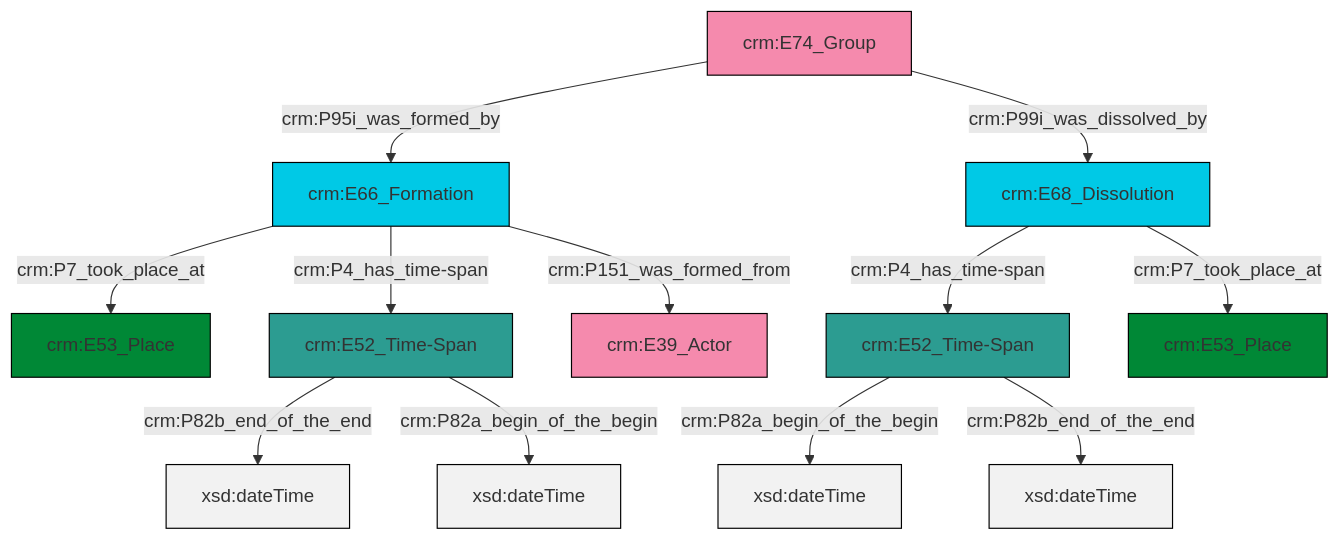
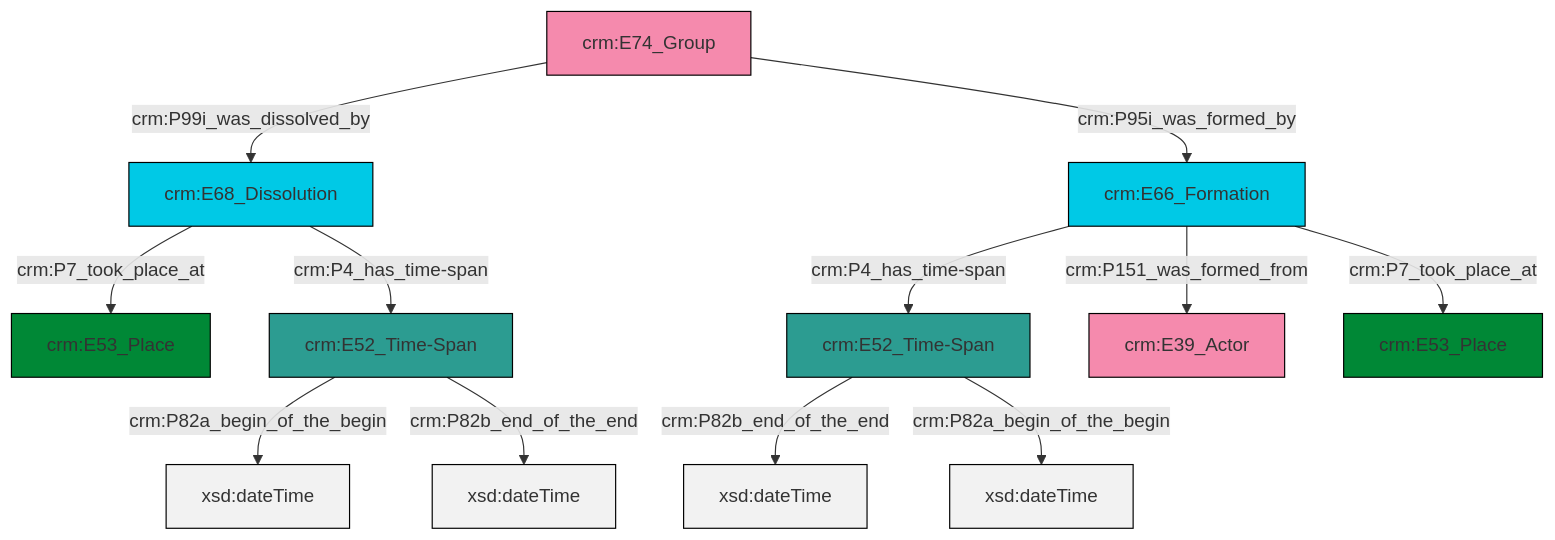
One commit to swiss-art-research-net/reference-data-models changed the diagram in et/groupCSV/ttl/mmd/group_existence.ttl.mmd. Above: the diagram before and after it, drawn with Mermaid. The commit also changed 128 other files, not shown here.

```diff
--- a/et/groupCSV/ttl/mmd/group_existence.ttl.mmd
+++ b/et/groupCSV/ttl/mmd/group_existence.ttl.mmd
@@ -1,26 +1,26 @@
 graph TD
 classDef Literal fill:#f2f2f2,stroke:#000000;
 classDef CRM_Entity fill:#FFFFFF,stroke:#000000;
 classDef Temporal_Entity fill:#00C9E6, stroke:#000000;
 classDef Type fill:#E18312, stroke:#000000;
 classDef Time-Span fill:#2C9C91, stroke:#000000;
 classDef Appellation fill:#FFEB7F, stroke:#000000;
 classDef Place fill:#008836, stroke:#000000;
 classDef Persistent_Item fill:#B266B2, stroke:#000000;
 classDef Conceptual_Object fill:#FFD700, stroke:#000000;
 classDef Physical_Thing fill:#D2B48C, stroke:#000000;
 classDef Actor fill:#f58aad, stroke:#000000;
 classDef PC_Classes fill:#4ce600, stroke:#000000;
 classDef Multi fill:#cccccc,stroke:#000000;
 
-4["crm:E66_Formation"]:::Temporal_Entity -->|crm:P7_took_place_at| 5["crm:E53_Place"]:::Place
-6["crm:E74_Group"]:::Actor -->|crm:P95i_was_formed_by| 4["crm:E66_Formation"]:::Temporal_Entity
-9["crm:E52_Time-Span"]:::Time-Span -->|crm:P82b_end_of_the_end| 10[xsd:dateTime]:::Literal
-4["crm:E66_Formation"]:::Temporal_Entity -->|crm:P4_has_time-span| 9["crm:E52_Time-Span"]:::Time-Span
+0["crm:E52_Time-Span"]:::Time-Span -->|crm:P82b_end_of_the_end| 1[xsd:dateTime]:::Literal
+2["crm:E52_Time-Span"]:::Time-Span -->|crm:P82a_begin_of_the_begin| 3[xsd:dateTime]:::Literal
 6["crm:E74_Group"]:::Actor -->|crm:P99i_was_dissolved_by| 7["crm:E68_Dissolution"]:::Temporal_Entity
-4["crm:E66_Formation"]:::Temporal_Entity -->|crm:P151_was_formed_from| 11["crm:E39_Actor"]:::Actor
-9["crm:E52_Time-Span"]:::Time-Span -->|crm:P82a_begin_of_the_begin| 13[xsd:dateTime]:::Literal
-0["crm:E52_Time-Span"]:::Time-Span -->|crm:P82a_begin_of_the_begin| 14[xsd:dateTime]:::Literal
-7["crm:E68_Dissolution"]:::Temporal_Entity -->|crm:P4_has_time-span| 0["crm:E52_Time-Span"]:::Time-Span
-0["crm:E52_Time-Span"]:::Time-Span -->|crm:P82b_end_of_the_end| 19[xsd:dateTime]:::Literal
-7["crm:E68_Dissolution"]:::Temporal_Entity -->|crm:P7_took_place_at| 2["crm:E53_Place"]:::Place
+8["crm:E66_Formation"]:::Temporal_Entity -->|crm:P4_has_time-span| 0["crm:E52_Time-Span"]:::Time-Span
+6["crm:E74_Group"]:::Actor -->|crm:P95i_was_formed_by| 8["crm:E66_Formation"]:::Temporal_Entity
+7["crm:E68_Dissolution"]:::Temporal_Entity -->|crm:P7_took_place_at| 4["crm:E53_Place"]:::Place
+8["crm:E66_Formation"]:::Temporal_Entity -->|crm:P151_was_formed_from| 11["crm:E39_Actor"]:::Actor
+0["crm:E52_Time-Span"]:::Time-Span -->|crm:P82a_begin_of_the_begin| 12[xsd:dateTime]:::Literal
+7["crm:E68_Dissolution"]:::Temporal_Entity -->|crm:P4_has_time-span| 2["crm:E52_Time-Span"]:::Time-Span
+2["crm:E52_Time-Span"]:::Time-Span -->|crm:P82b_end_of_the_end| 17[xsd:dateTime]:::Literal
+8["crm:E66_Formation"]:::Temporal_Entity -->|crm:P7_took_place_at| 13["crm:E53_Place"]:::Place
```
